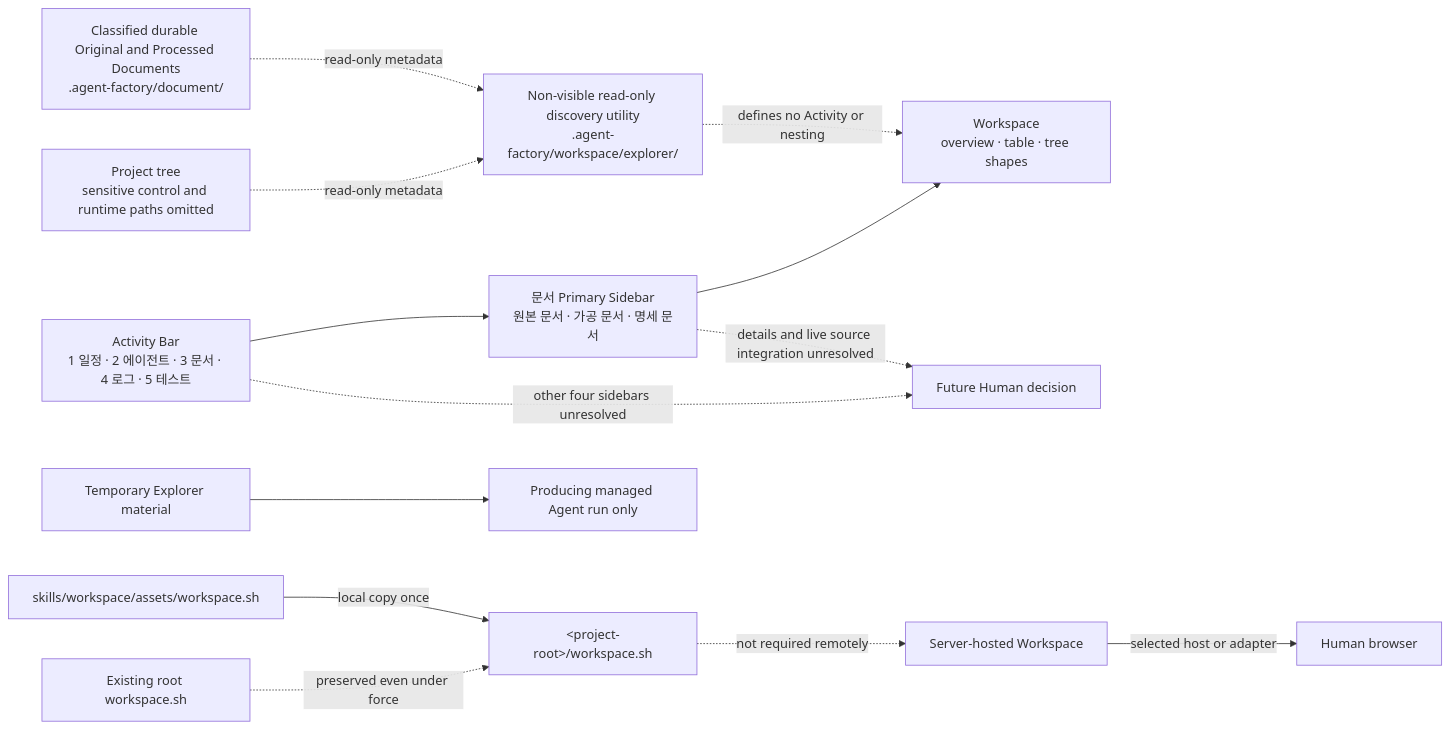
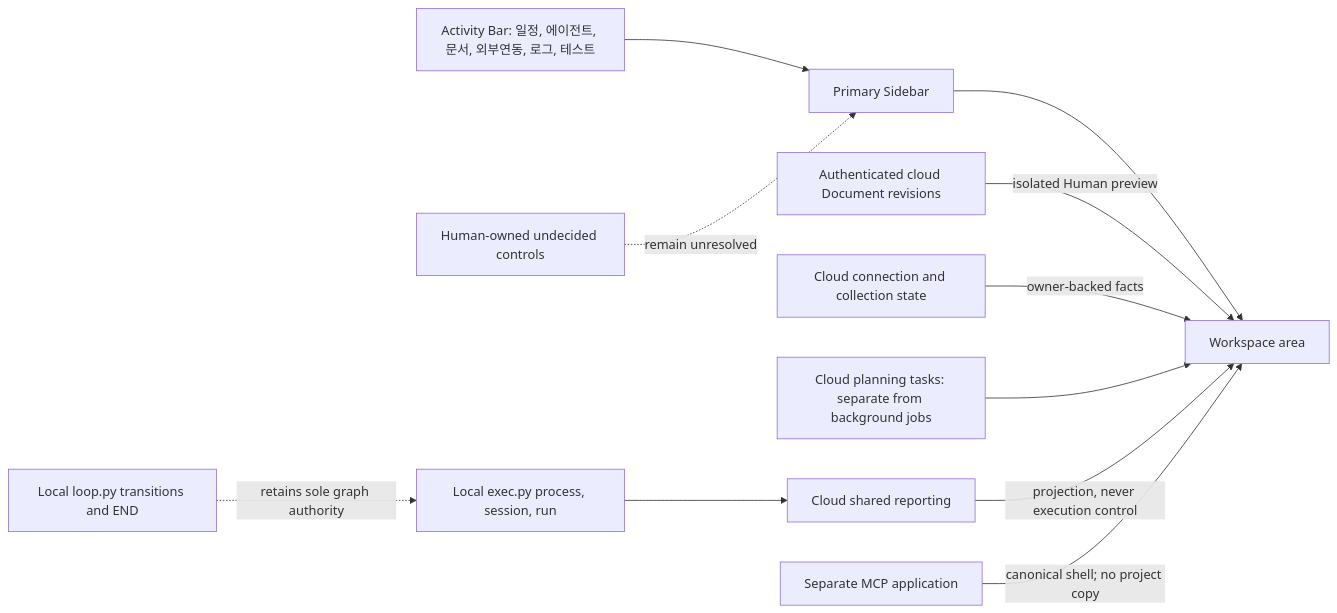
The ninth of 9 diagrams in skills/convention/references/diagrams.md (KoreanLeeChangHyun/agent-factory-codex-plugin), drawn with Mermaid before and after one commit. The commit also changed other lines of this file and 90 other files, not shown here.

Commit message:
feat: integrate native Fast and Goal execution and cloud workflows

````diff
--- a/skills/convention/references/diagrams.md
+++ b/skills/convention/references/diagrams.md
@@ -209,16 +206,14 @@
 ```mermaid
 flowchart LR
-    accTitle: Human-facing Workspace shell and launcher
-    accDescr: The Activity Bar contains only 일정, 에이전트, 문서, 로그, and 테스트 in that order; the Document sidebar has ordered Original, Processed, and Specification UI groups with decided overview, table, and tree shapes while finer details and the other four sidebars remain unresolved; a non-visible read-only utility projects only the project and classified Original and Processed Document trees without supplying the unresolved live source contract, while temporary Explorer material remains only in its producing Agent run.
-    Activity[Activity Bar<br/>1 일정 · 2 에이전트 · 3 문서 · 4 로그 · 5 테스트] --> Sidebar[문서 Primary Sidebar<br/>원본 문서 · 가공 문서 · 명세 문서] --> Workspace[Workspace<br/>overview · table · tree shapes]
-    Activity -. other four sidebars unresolved .-> HumanDecision[Future Human decision]
-    Sidebar -. details and live source integration unresolved .-> HumanDecision
-    Evidence[Classified durable Original and Processed Documents<br/>.agent-factory/document/] -. read-only metadata .-> DiscoveryUtility[Non-visible read-only discovery utility<br/>.agent-factory/workspace/explorer/]
-    Project[Project tree<br/>sensitive control and runtime paths omitted] -. read-only metadata .-> DiscoveryUtility
-    DiscoveryUtility -. defines no Activity or nesting .-> Workspace
-    Temporary[Temporary Explorer material] --> RunLocal[Producing managed Agent run only]
-    Asset[skills/workspace/assets/workspace.sh] -->|local copy once| Root[&lt;project-root&gt;/workspace.sh]
-    Existing[Existing root workspace.sh] -. preserved even under force .-> Root
-    Remote[Server-hosted Workspace] -->|selected host or adapter| Browser[Human browser]
-    Root -. not required remotely .-> Remote
+    accTitle: Cloud Workspace projection and local execution authority
+    accDescr: Six Activities project cloud domain state; local exec and loop own execution while cloud reporting never dispatches or completes it.
+    Activity[Activity Bar: 일정, 에이전트, 문서, 외부연동, 로그, 테스트] --> Sidebar[Primary Sidebar] --> View[Workspace area]
+    Documents[Authenticated cloud Document revisions] -->|isolated Human preview| View
+    Integrations[Cloud connection and collection state] -->|owner-backed facts| View
+    Planning[Cloud planning tasks: separate from background jobs] --> View
+    Exec[Local exec.py process, session, run] --> Reports[Cloud shared reporting]
+    Loop[Local loop.py transitions and END] -. retains sole graph authority .-> Exec
+    Reports -->|projection, never execution control| View
+    Runtime[Separate MCP application] -->|canonical shell; no project copy| View
+    Unresolved[Human-owned undecided controls] -. remain unresolved .-> Sidebar
 ```
````
